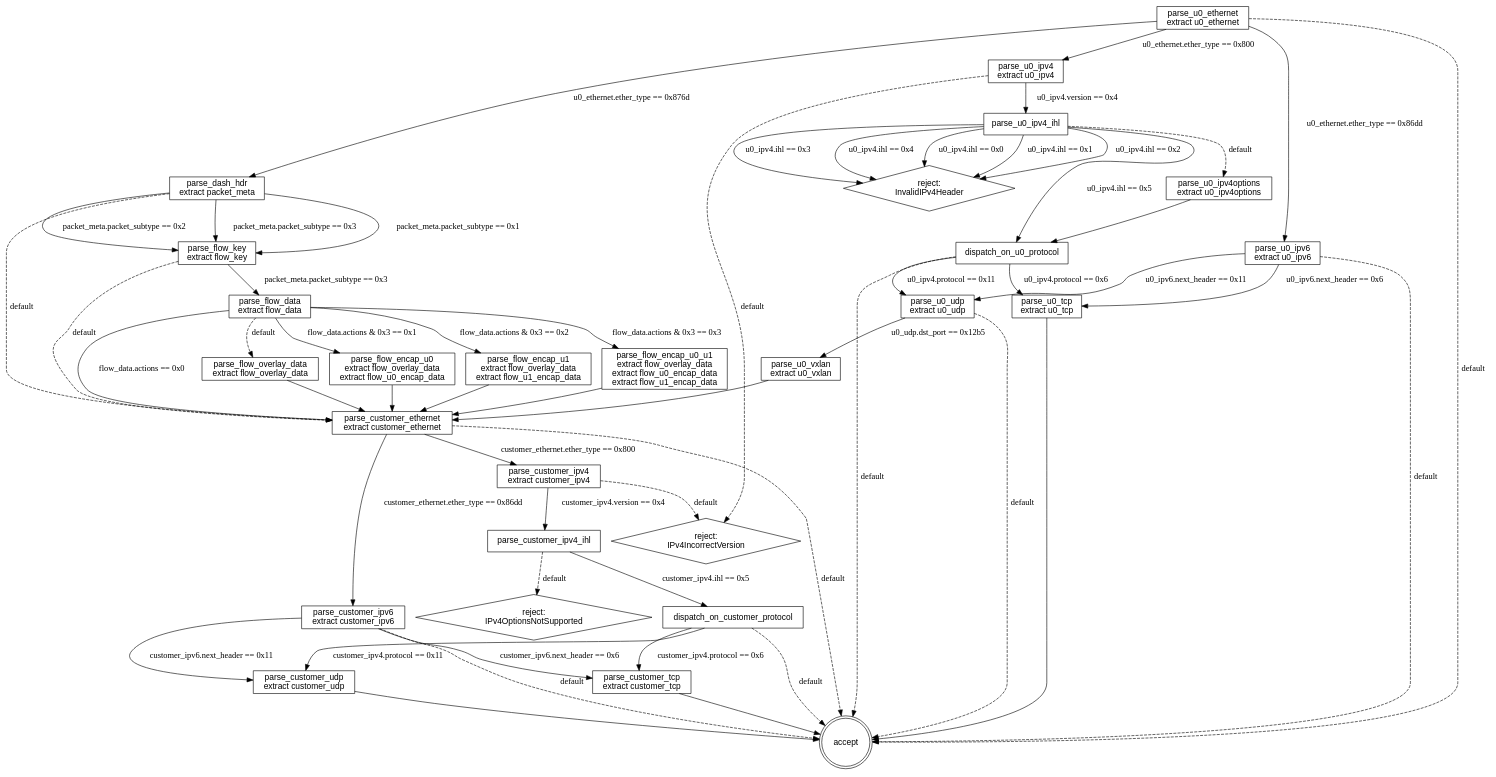
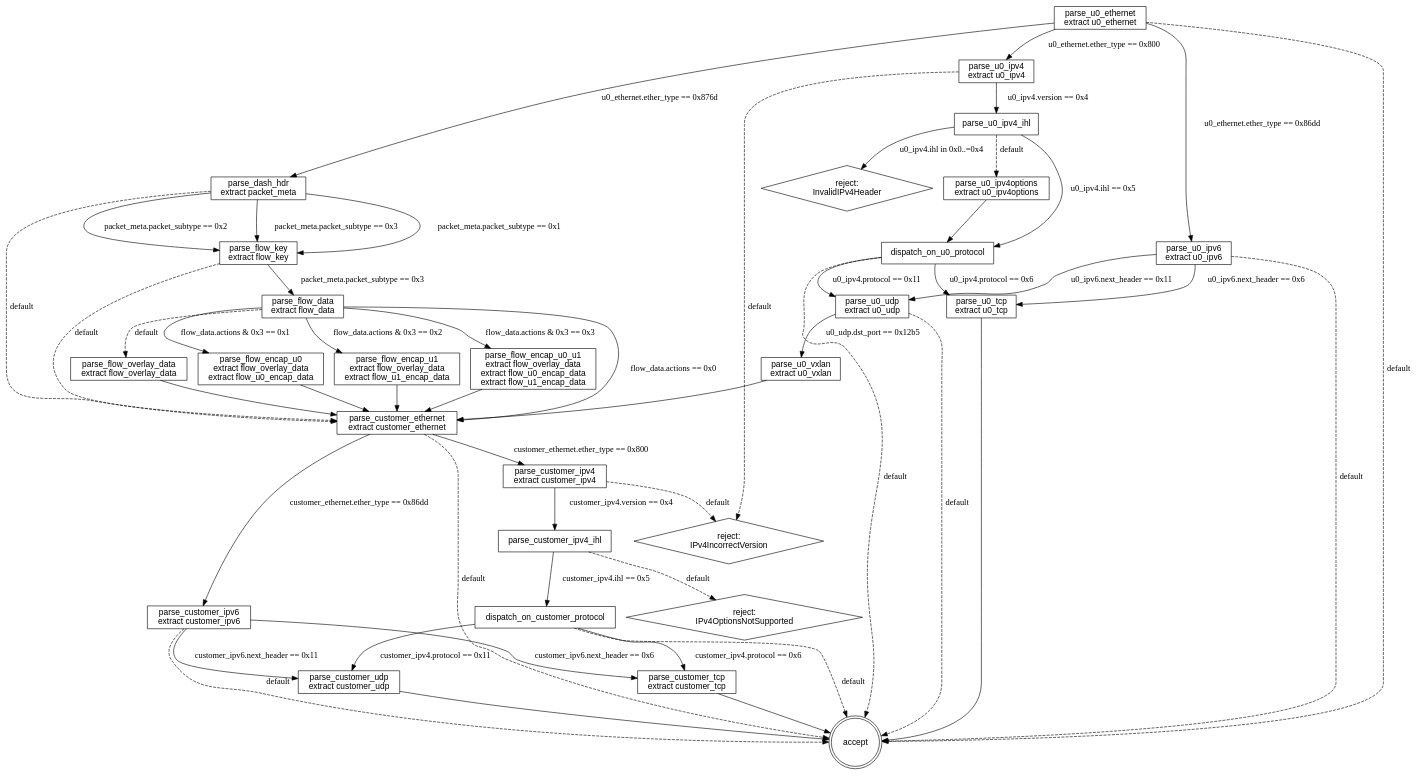
Before and after one commit to qobilidop/pakeles: the diagram in benchmarks/industry/dash_parser/gen/graph.dot, drawn with Graphviz. The commit also changed 29 other files, not shown here.

```diff
--- a/benchmarks/industry/dash_parser/gen/graph.dot
+++ b/benchmarks/industry/dash_parser/gen/graph.dot
@@ -1,85 +1,81 @@
 digraph "dash_parser" {
   rankdir=TB;
   node [fontname="Helvetica"];
   "parse_u0_ethernet" [shape=box, label="parse_u0_ethernet\nextract u0_ethernet", tooltip="The source's `start` state (the eDSL reserves that name):\nu0 EtherType demux, incl. the DASH packet-metadata sentinel\n0x876d; every miss accepts.", href="#"];
   "parse_dash_hdr" [shape=box, label="parse_dash_hdr\nextract packet_meta", tooltip="The wire packet_meta overwrites start's defaults; the\nsubtype demux routes FLOW_{CREATE,UPDATE,DELETE} through\nflow_key (the source's first parser `if`), everything else\nstraight to the customer layer.", href="#"];
   "parse_flow_key" [shape=box, label="parse_flow_key\nextract flow_key", tooltip="CREATE/UPDATE stop at the key; DELETE carries flow_data\n(the source's second parser `if`, re-keyed on the already-\nextracted subtype).", href="#"];
   "parse_flow_data" [shape=box, label="parse_flow_data\nextract flow_data", tooltip="The DELETE `if` cascade over flow_data.actions as one\nfirst-match select: actions == 0 -> nothing extra; otherwise\nflow_overlay_data always, plus the encap header per ENCAP_U0/\nENCAP_U1 bit (masked arms over the low two bits).", href="#"];
   "parse_flow_overlay_data" [shape=box, label="parse_flow_overlay_data\nextract flow_overlay_data", tooltip="actions != 0 with neither encap bit: overlay data only.", href="#"];
   "parse_flow_encap_u0" [shape=box, label="parse_flow_encap_u0\nextract flow_overlay_data\nextract flow_u0_encap_data"];
   "parse_flow_encap_u1" [shape=box, label="parse_flow_encap_u1\nextract flow_overlay_data\nextract flow_u1_encap_data"];
   "parse_flow_encap_u0_u1" [shape=box, label="parse_flow_encap_u0_u1\nextract flow_overlay_data\nextract flow_u0_encap_data\nextract flow_u1_encap_data"];
   "parse_u0_ipv4" [shape=box, label="parse_u0_ipv4\nextract u0_ipv4", tooltip="verify(version == 4, IPv4IncorrectVersion) — the source\nchecks version before IHL, so a bad version wins.", href="#"];
   "parse_u0_ipv4_ihl" [shape=box, label="parse_u0_ipv4_ihl", tooltip="verify(ihl >= 5, InvalidIPv4Header), then the source's IHL\nselect: 5 -> dispatch, > 5 -> the options varbit.", href="#"];
   "parse_u0_ipv4options" [shape=box, label="parse_u0_ipv4options\nextract u0_ipv4options"];
   "dispatch_on_u0_protocol" [shape=box, label="dispatch_on_u0_protocol", tooltip="The source's own dispatch state (shared by the ihl=5 and\noptions paths); a protocol miss accepts.", href="#"];
   "parse_u0_ipv6" [shape=box, label="parse_u0_ipv6\nextract u0_ipv6", tooltip="next_header straight to L4 — no extension-header walk.", href="#"];
   "parse_u0_udp" [shape=box, label="parse_u0_udp\nextract u0_udp", tooltip="dst_port 4789 opens VXLAN — on UDP only (TCP port 4789\nstays plain TCP), and only at the u0 layer.", href="#"];
   "parse_u0_tcp" [shape=box, label="parse_u0_tcp\nextract u0_tcp"];
   "parse_u0_vxlan" [shape=box, label="parse_u0_vxlan\nextract u0_vxlan"];
   "parse_customer_ethernet" [shape=box, label="parse_customer_ethernet\nextract customer_ethernet", tooltip="The customer layer has no DASH-sentinel and no VXLAN arm:\n0x876d or a nested encap inside the overlay just accepts.", href="#"];
   "parse_customer_ipv4" [shape=box, label="parse_customer_ipv4\nextract customer_ipv4"];
   "parse_customer_ipv4_ihl" [shape=box, label="parse_customer_ipv4_ihl", tooltip="verify(ihl == 5, IPv4OptionsNotSupported): the customer\nlayer refuses options outright (unlike u0's varbit).", href="#"];
   "dispatch_on_customer_protocol" [shape=box, label="dispatch_on_customer_protocol"];
   "parse_customer_ipv6" [shape=box, label="parse_customer_ipv6\nextract customer_ipv6"];
   "parse_customer_udp" [shape=box, label="parse_customer_udp\nextract customer_udp"];
   "parse_customer_tcp" [shape=box, label="parse_customer_tcp\nextract customer_tcp"];
   "accept" [shape=doublecircle];
   "reject_0" [shape=diamond, label="reject:\nIPv4IncorrectVersion"];
   "reject_1" [shape=diamond, label="reject:\nInvalidIPv4Header"];
   "reject_2" [shape=diamond, label="reject:\nIPv4OptionsNotSupported"];
   "parse_u0_ethernet" -> "parse_u0_ipv4" [label="u0_ethernet.ether_type == 0x800"];
   "parse_u0_ethernet" -> "parse_u0_ipv6" [label="u0_ethernet.ether_type == 0x86dd"];
   "parse_u0_ethernet" -> "parse_dash_hdr" [label="u0_ethernet.ether_type == 0x876d"];
   "parse_u0_ethernet" -> "accept" [label="default", style=dashed];
   "parse_dash_hdr" -> "parse_flow_key" [label="packet_meta.packet_subtype == 0x1"];
   "parse_dash_hdr" -> "parse_flow_key" [label="packet_meta.packet_subtype == 0x2"];
   "parse_dash_hdr" -> "parse_flow_key" [label="packet_meta.packet_subtype == 0x3"];
   "parse_dash_hdr" -> "parse_customer_ethernet" [label="default", style=dashed];
   "parse_flow_key" -> "parse_flow_data" [label="packet_meta.packet_subtype == 0x3"];
   "parse_flow_key" -> "parse_customer_ethernet" [label="default", style=dashed];
   "parse_flow_data" -> "parse_customer_ethernet" [label="flow_data.actions == 0x0"];
   "parse_flow_data" -> "parse_flow_encap_u0_u1" [label="flow_data.actions & 0x3 == 0x3"];
   "parse_flow_data" -> "parse_flow_encap_u0" [label="flow_data.actions & 0x3 == 0x1"];
   "parse_flow_data" -> "parse_flow_encap_u1" [label="flow_data.actions & 0x3 == 0x2"];
   "parse_flow_data" -> "parse_flow_overlay_data" [label="default", style=dashed];
   "parse_flow_overlay_data" -> "parse_customer_ethernet";
   "parse_flow_encap_u0" -> "parse_customer_ethernet";
   "parse_flow_encap_u1" -> "parse_customer_ethernet";
   "parse_flow_encap_u0_u1" -> "parse_customer_ethernet";
   "parse_u0_ipv4" -> "parse_u0_ipv4_ihl" [label="u0_ipv4.version == 0x4"];
   "parse_u0_ipv4" -> "reject_0" [label="default", style=dashed];
-  "parse_u0_ipv4_ihl" -> "reject_1" [label="u0_ipv4.ihl == 0x0"];
-  "parse_u0_ipv4_ihl" -> "reject_1" [label="u0_ipv4.ihl == 0x1"];
-  "parse_u0_ipv4_ihl" -> "reject_1" [label="u0_ipv4.ihl == 0x2"];
-  "parse_u0_ipv4_ihl" -> "reject_1" [label="u0_ipv4.ihl == 0x3"];
-  "parse_u0_ipv4_ihl" -> "reject_1" [label="u0_ipv4.ihl == 0x4"];
+  "parse_u0_ipv4_ihl" -> "reject_1" [label="u0_ipv4.ihl in 0x0..=0x4"];
   "parse_u0_ipv4_ihl" -> "dispatch_on_u0_protocol" [label="u0_ipv4.ihl == 0x5"];
   "parse_u0_ipv4_ihl" -> "parse_u0_ipv4options" [label="default", style=dashed];
   "parse_u0_ipv4options" -> "dispatch_on_u0_protocol";
   "dispatch_on_u0_protocol" -> "parse_u0_udp" [label="u0_ipv4.protocol == 0x11"];
   "dispatch_on_u0_protocol" -> "parse_u0_tcp" [label="u0_ipv4.protocol == 0x6"];
   "dispatch_on_u0_protocol" -> "accept" [label="default", style=dashed];
   "parse_u0_ipv6" -> "parse_u0_udp" [label="u0_ipv6.next_header == 0x11"];
   "parse_u0_ipv6" -> "parse_u0_tcp" [label="u0_ipv6.next_header == 0x6"];
   "parse_u0_ipv6" -> "accept" [label="default", style=dashed];
   "parse_u0_udp" -> "parse_u0_vxlan" [label="u0_udp.dst_port == 0x12b5"];
   "parse_u0_udp" -> "accept" [label="default", style=dashed];
   "parse_u0_tcp" -> "accept";
   "parse_u0_vxlan" -> "parse_customer_ethernet";
   "parse_customer_ethernet" -> "parse_customer_ipv4" [label="customer_ethernet.ether_type == 0x800"];
   "parse_customer_ethernet" -> "parse_customer_ipv6" [label="customer_ethernet.ether_type == 0x86dd"];
   "parse_customer_ethernet" -> "accept" [label="default", style=dashed];
   "parse_customer_ipv4" -> "parse_customer_ipv4_ihl" [label="customer_ipv4.version == 0x4"];
   "parse_customer_ipv4" -> "reject_0" [label="default", style=dashed];
   "parse_customer_ipv4_ihl" -> "dispatch_on_customer_protocol" [label="customer_ipv4.ihl == 0x5"];
   "parse_customer_ipv4_ihl" -> "reject_2" [label="default", style=dashed];
   "dispatch_on_customer_protocol" -> "parse_customer_udp" [label="customer_ipv4.protocol == 0x11"];
   "dispatch_on_customer_protocol" -> "parse_customer_tcp" [label="customer_ipv4.protocol == 0x6"];
   "dispatch_on_customer_protocol" -> "accept" [label="default", style=dashed];
   "parse_customer_ipv6" -> "parse_customer_udp" [label="customer_ipv6.next_header == 0x11"];
   "parse_customer_ipv6" -> "parse_customer_tcp" [label="customer_ipv6.next_header == 0x6"];
   "parse_customer_ipv6" -> "accept" [label="default", style=dashed];
   "parse_customer_udp" -> "accept";
   "parse_customer_tcp" -> "accept";
 }
```
